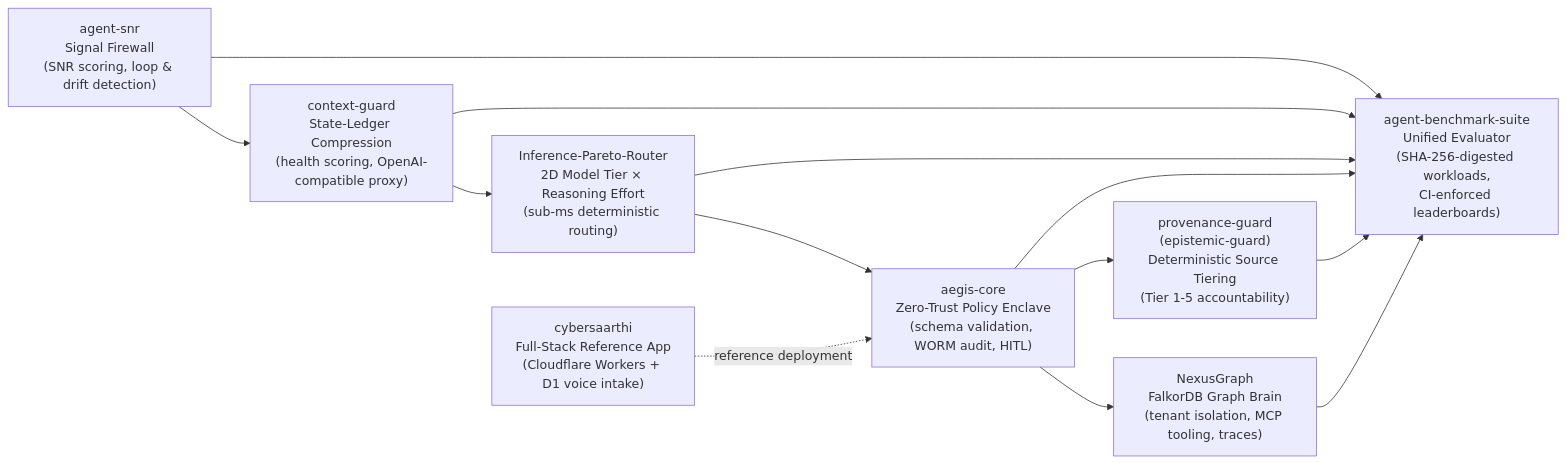
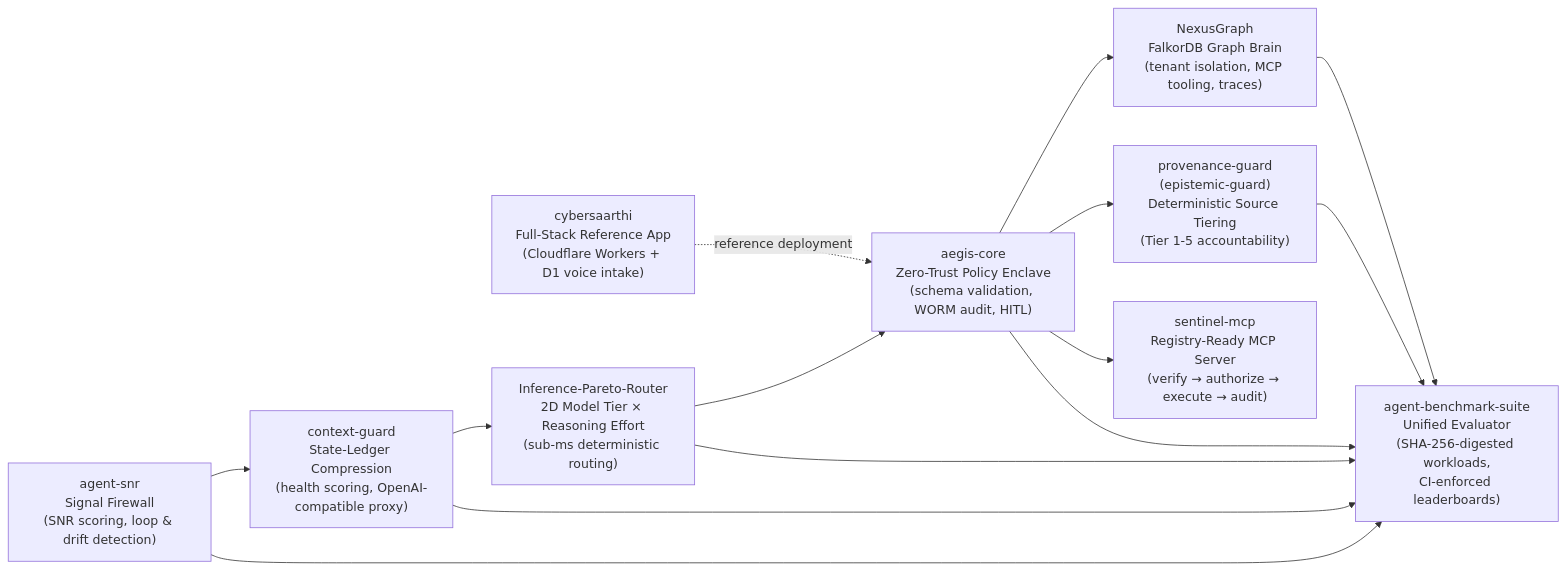
One commit to Sandeep-Hipparagi/Sandeep-Hipparagi changed the diagram in README.md. Above: the diagram before and after it, drawn with Mermaid. The commit also changed other lines of this file, not shown here.

Commit message:
docs: add sentinel-mcp to ecosystem map and native benchmark evidence to matrix

````diff
--- a/README.md
+++ b/README.md
@@ -31,11 +31,12 @@
 ```mermaid
 flowchart LR
     A["agent-snr\nSignal Firewall\n(SNR scoring, loop & drift detection)"] --> C["context-guard\nState-Ledger Compression\n(health scoring, OpenAI-compatible proxy)"]
     C --> R["Inference-Pareto-Router\n2D Model Tier × Reasoning Effort\n(sub-ms deterministic routing)"]
     R --> G["aegis-core\nZero-Trust Policy Enclave\n(schema validation, WORM audit, HITL)"]
     G --> P["provenance-guard\n(epistemic-guard)\nDeterministic Source Tiering\n(Tier 1-5 accountability)"]
     G --> N["NexusGraph\nFalkorDB Graph Brain\n(tenant isolation, MCP tooling, traces)"]
+    G --> SM["sentinel-mcp\nRegistry-Ready MCP Server\n(verify → authorize → execute → audit)"]
     A & C & R & G & P --> B["agent-benchmark-suite\nUnified Evaluator\n(SHA-256-digested workloads,\nCI-enforced leaderboards)"]
     N --> B
     S["cybersaarthi\nFull-Stack Reference App\n(Cloudflare Workers + D1 voice intake)"] -.reference deployment.-> G
 ```
````
